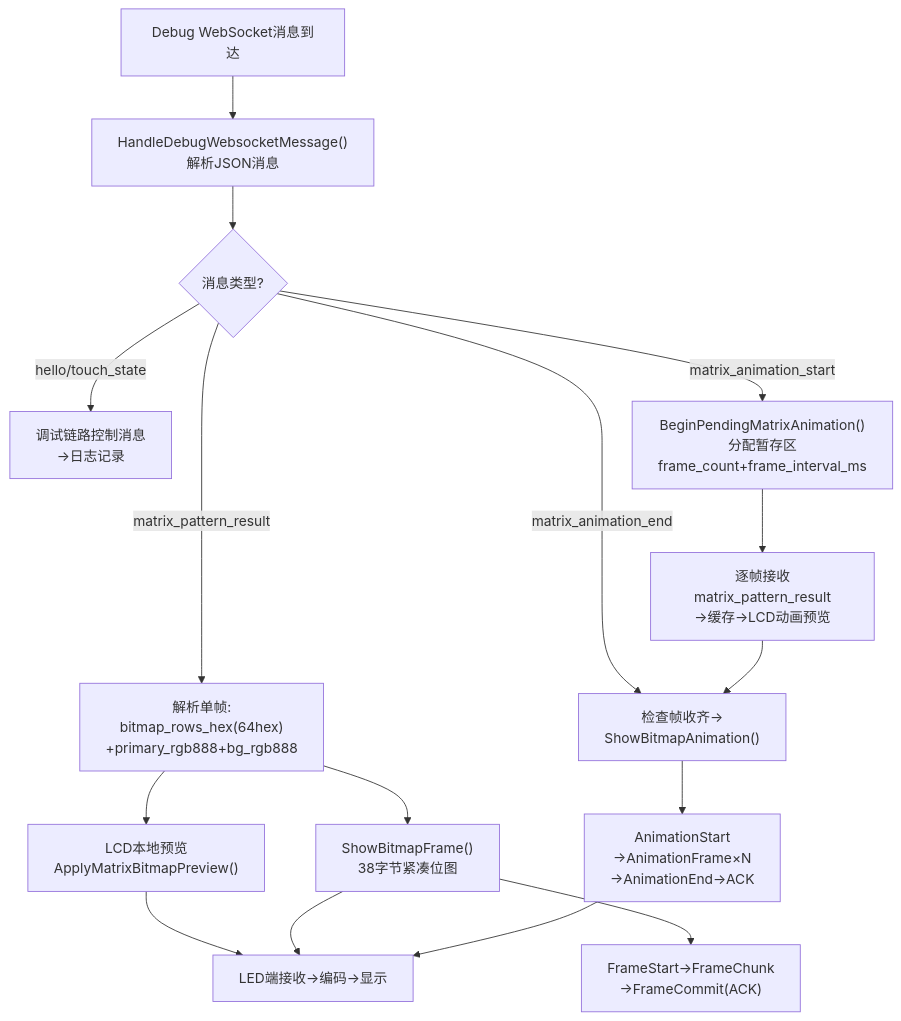
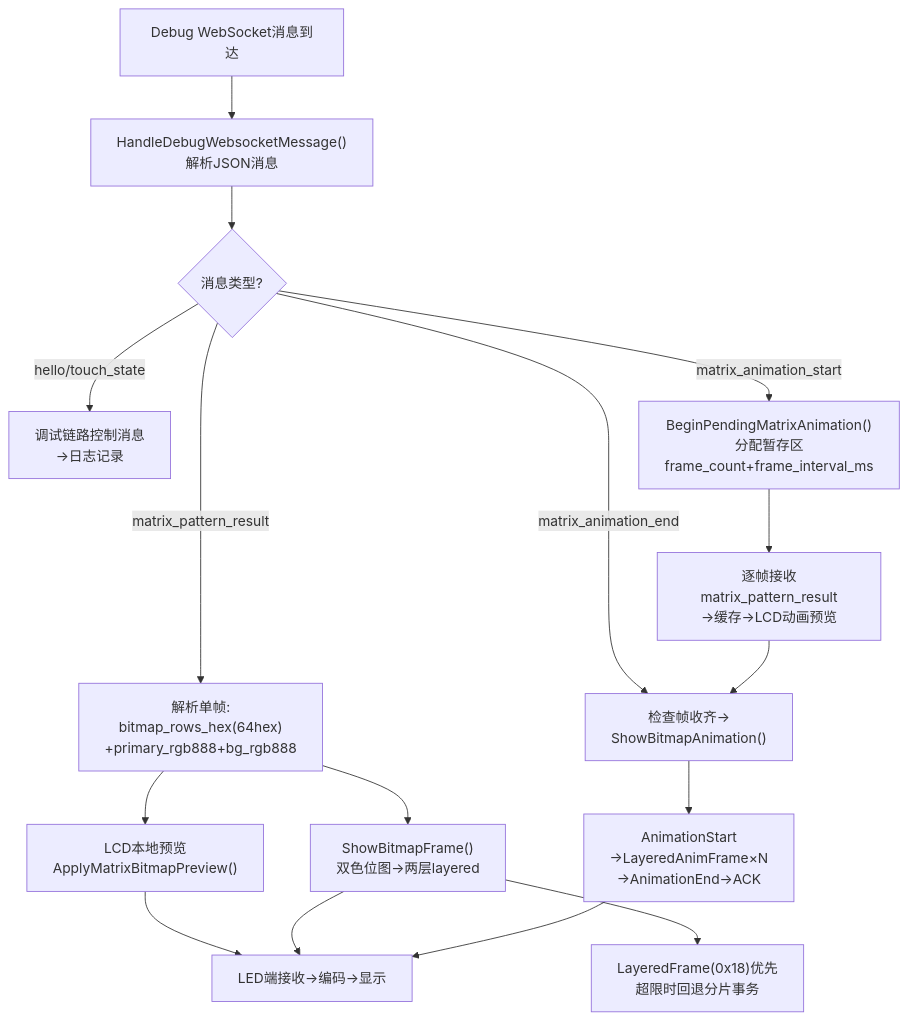
Before and after one commit to N3SSS13D/GraduationProject: the third of 5 diagrams in Doc/毕业论文/ai_side_interface_orchestration_architecture.md, drawn with Mermaid. The commit also changed other lines of this file and 118 other files, not shown here.

````diff
--- a/Doc/毕业论文/ai_side_interface_orchestration_architecture.md
+++ b/Doc/毕业论文/ai_side_interface_orchestration_architecture.md
@@ -388,22 +389,22 @@
 ```mermaid
 flowchart TD
     WS["Debug WebSocket消息到达"] --> PARSE["HandleDebugWebsocketMessage()<br/>解析JSON消息"]
     PARSE --> TYPE{"消息类型?"}
 
     TYPE -->|"hello/touch_state"| DBG["调试链路控制消息<br/>→日志记录"]
     TYPE -->|"matrix_pattern_result"| SINGLE["解析单帧:<br/>bitmap_rows_hex(64hex)<br/>+primary_rgb888+bg_rgb888"]
     TYPE -->|"matrix_animation_start"| ANIMSTART["BeginPendingMatrixAnimation()<br/>分配暂存区<br/>frame_count+frame_interval_ms"]
     TYPE -->|"matrix_animation_end"| ANIMEND["检查帧收齐→<br/>ShowBitmapAnimation()"]
 
     SINGLE --> PREVIEW["LCD本地预览<br/>ApplyMatrixBitmapPreview()"]
-    SINGLE --> BT1["ShowBitmapFrame()<br/>38字节紧凑位图"]
-    BT1 --> FS1["FrameStart→FrameChunk<br/>→FrameCommit(ACK)"]
+    SINGLE --> BT1["ShowBitmapFrame()<br/>双色位图→两层layered"]
+    BT1 --> FS1["LayeredFrame(0x18)优先<br/>超限时回退分片事务"]
 
     ANIMSTART --> RCV["逐帧接收matrix_pattern_result<br/>→缓存→LCD动画预览"]
     RCV --> ANIMEND
-    ANIMEND --> BT2["AnimationStart<br/>→AnimationFrame×N<br/>→AnimationEnd→ACK"]
+    ANIMEND --> BT2["AnimationStart<br/>→LayeredAnimFrame×N<br/>→AnimationEnd→ACK"]
 
     PREVIEW --> LED["LED端接收→编码→显示"]
     BT1 --> LED
     BT2 --> LED
 ```
````
